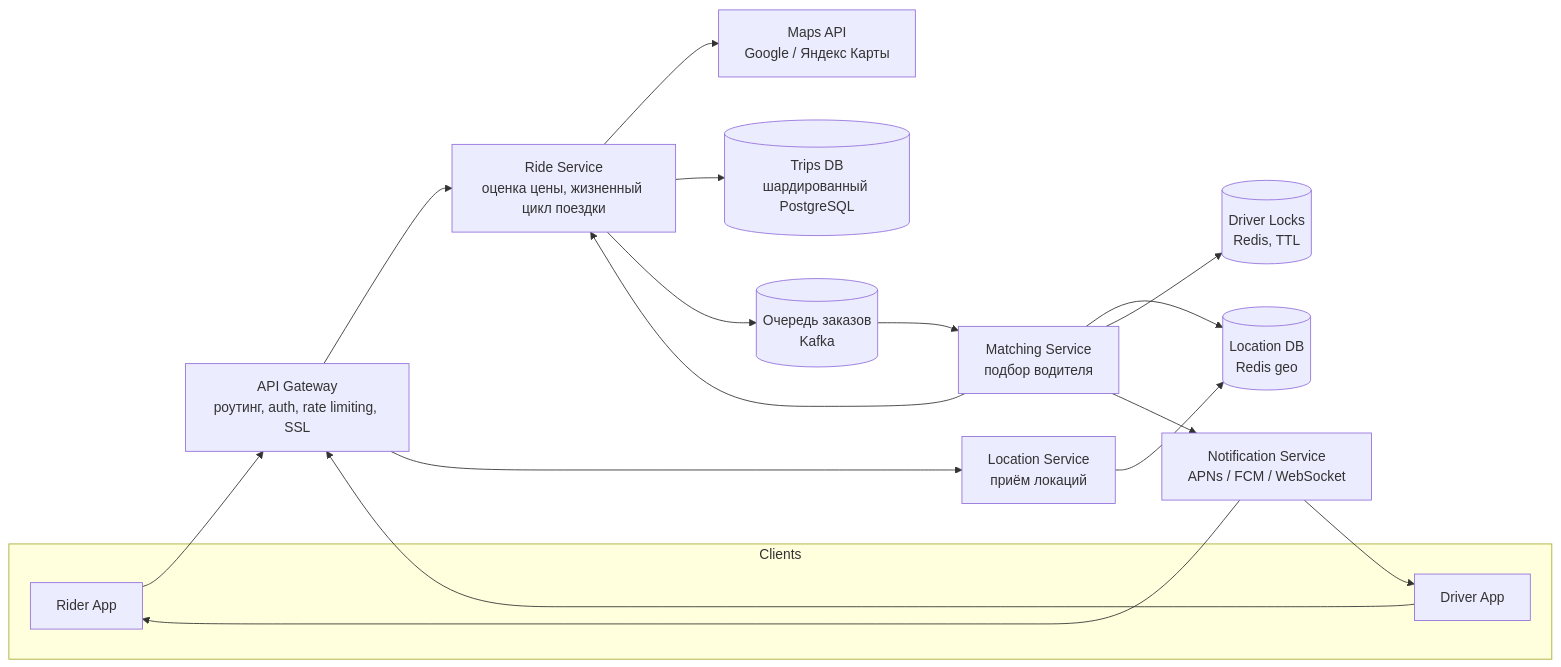
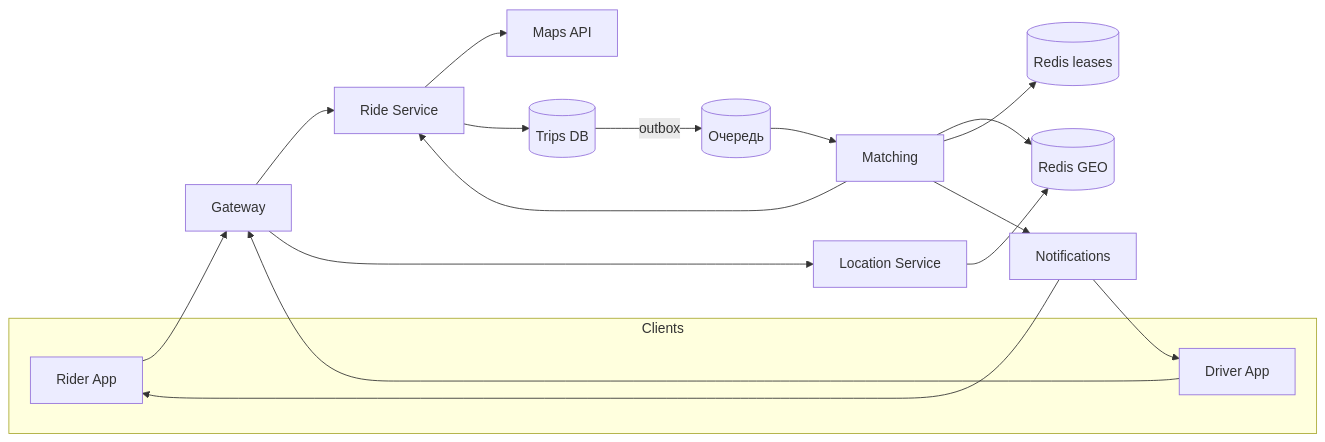
Before and after one commit to AlohaJava/system-design-interview-chamkin: the first of 5 diagrams in 02-case-studies/ride-sharing.md, drawn with Mermaid. The commit also changed other lines of this file and 49 other files, not shown here.

````diff
--- a/02-case-studies/ride-sharing.md
+++ b/02-case-studies/ride-sharing.md
@@ -104,35 +108,35 @@
 ```mermaid
 flowchart LR
     subgraph Clients
         RA["Rider App"]
         DA["Driver App"]
     end
 
-    GW["API Gateway<br/>роутинг, auth, rate limiting, SSL"]
-    RS["Ride Service<br/>оценка цены, жизненный цикл поездки"]
-    MS["Matching Service<br/>подбор водителя"]
-    LS["Location Service<br/>приём локаций"]
-    NS["Notification Service<br/>APNs / FCM / WebSocket"]
-    MAPS["Maps API<br/>Google / Яндекс Карты"]
+    GW["Gateway"]
+    RS["Ride Service"]
+    MS["Matching"]
+    LS["Location Service"]
+    NS["Notifications"]
+    MAPS["Maps API"]
 
-    Q[("Очередь заказов<br/>Kafka")]
-    LDB[("Location DB<br/>Redis geo")]
-    DB[("Trips DB<br/>шардированный PostgreSQL")]
-    LOCK[("Driver Locks<br/>Redis, TTL")]
+    Q[("Очередь")]
+    LDB[("Redis GEO")]
+    DB[("Trips DB")]
+    LOCK[("Redis leases")]
 
     RA --> GW
     DA --> GW
     GW --> RS
     GW --> LS
     RS --> MAPS
     RS --> DB
-    RS --> Q
+    DB -->|outbox| Q
     Q --> MS
     LS --> LDB
     MS --> LDB
     MS --> LOCK
     MS --> NS
     MS --> RS
     NS --> RA
     NS --> DA
 ```
````
